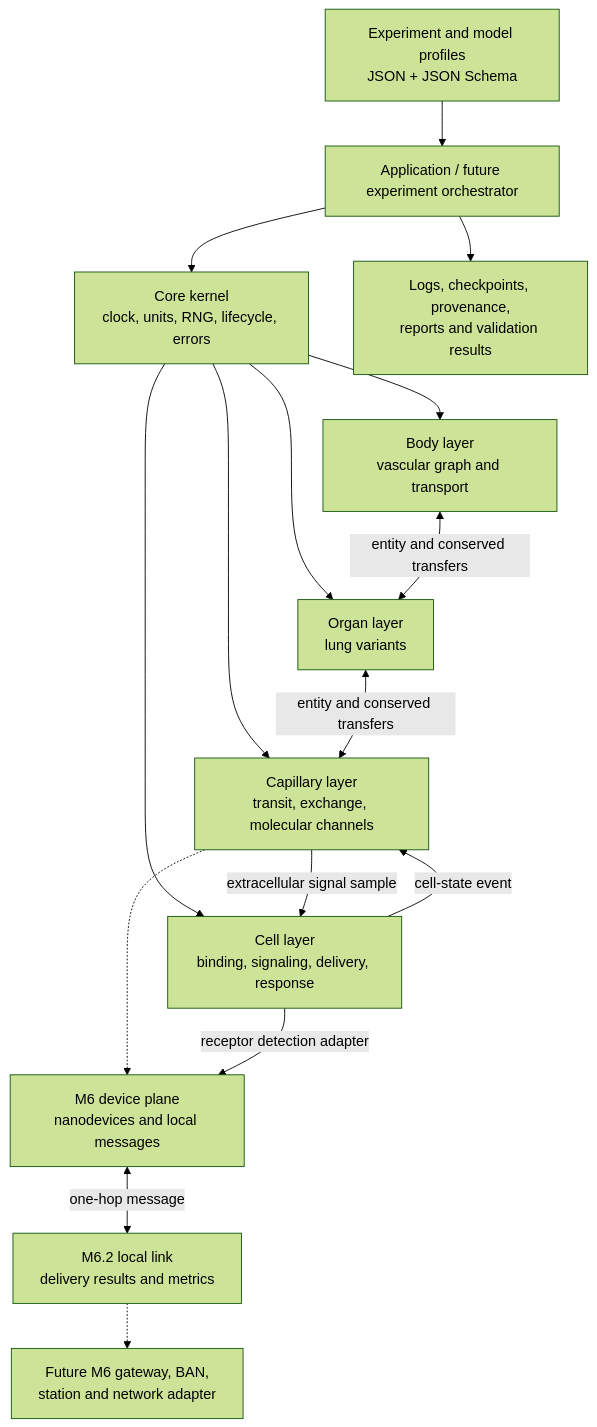
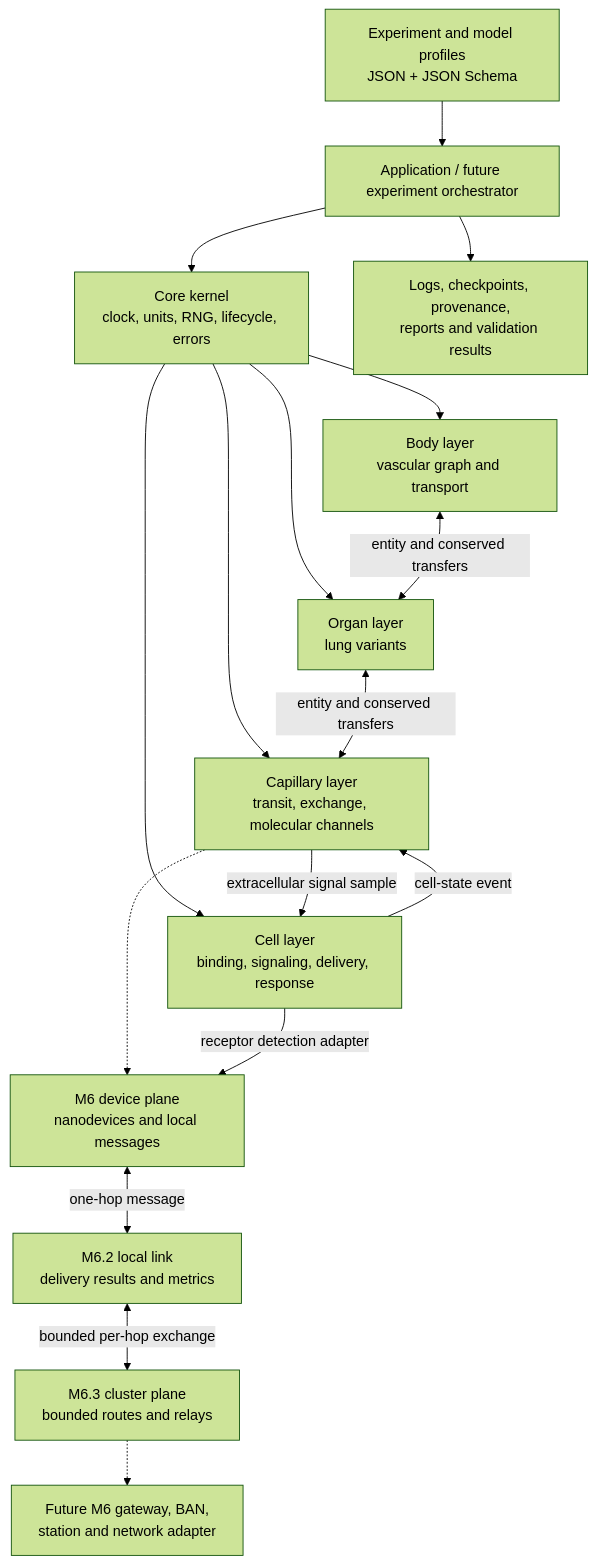
One commit to RegineWendt/MEHLISSA changed the first of 2 diagrams in docs/architecture/SOFTWARE_ARCHITECTURE.md. Above: the diagram before and after it, drawn with Mermaid (forest theme). The commit also changed other lines of this file and 22 other files, not shown here.

Commit message:
Add M6.3 bounded cluster communication

````diff
--- a/docs/architecture/SOFTWARE_ARCHITECTURE.md
+++ b/docs/architecture/SOFTWARE_ARCHITECTURE.md
@@ -35,30 +35,32 @@
 ```mermaid
 flowchart TB
     Manifest[Experiment and model profiles<br/>JSON + JSON Schema]
     Runner[Application / future experiment orchestrator]
     Kernel[Core kernel<br/>clock, units, RNG, lifecycle, errors]
     Body[Body layer<br/>vascular graph and transport]
     Organ[Organ layer<br/>lung variants]
     Capillary[Capillary layer<br/>transit, exchange, molecular channels]
     Cell[Cell layer<br/>binding, signaling, delivery, response]
     IoT[M6 device plane<br/>nanodevices and local messages]
     LocalLink[M6.2 local link<br/>delivery results and metrics]
+    Cluster[M6.3 cluster plane<br/>bounded routes and relays]
     External[Future M6 gateway, BAN,<br/>station and network adapter]
     Evidence[Logs, checkpoints, provenance,<br/>reports and validation results]
 
     Manifest --> Runner
     Runner --> Kernel
     Kernel --> Body
     Kernel --> Organ
     Kernel --> Capillary
     Kernel --> Cell
     Body <-->|entity and conserved transfers| Organ
     Organ <-->|entity and conserved transfers| Capillary
     Capillary -->|extracellular signal sample| Cell
     Cell -->|cell-state event| Capillary
     Capillary -.-> IoT
     Cell -->|receptor detection adapter| IoT
     IoT <-->|one-hop message| LocalLink
-    LocalLink -.-> External
+    LocalLink <-->|bounded per-hop exchange| Cluster
+    Cluster -.-> External
     Runner --> Evidence
 ```
````
